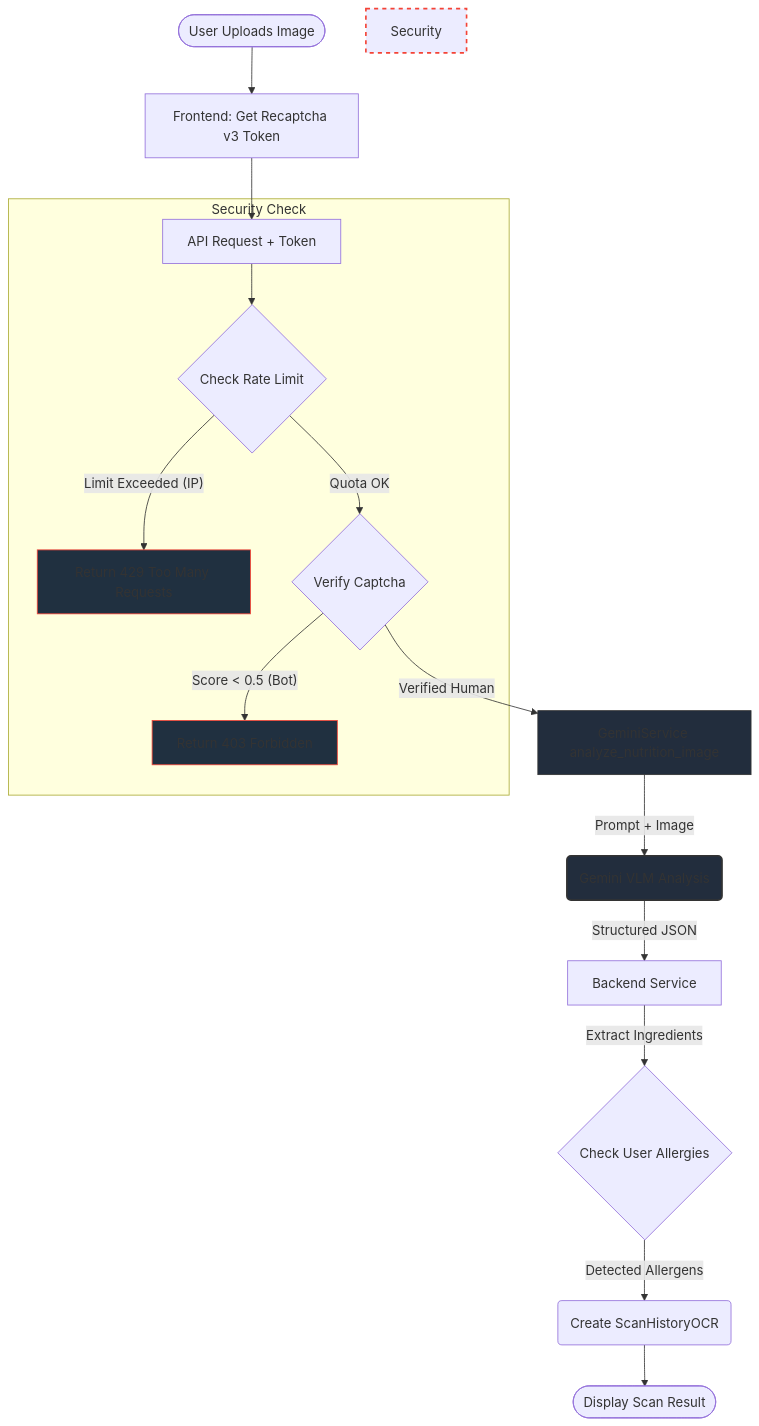
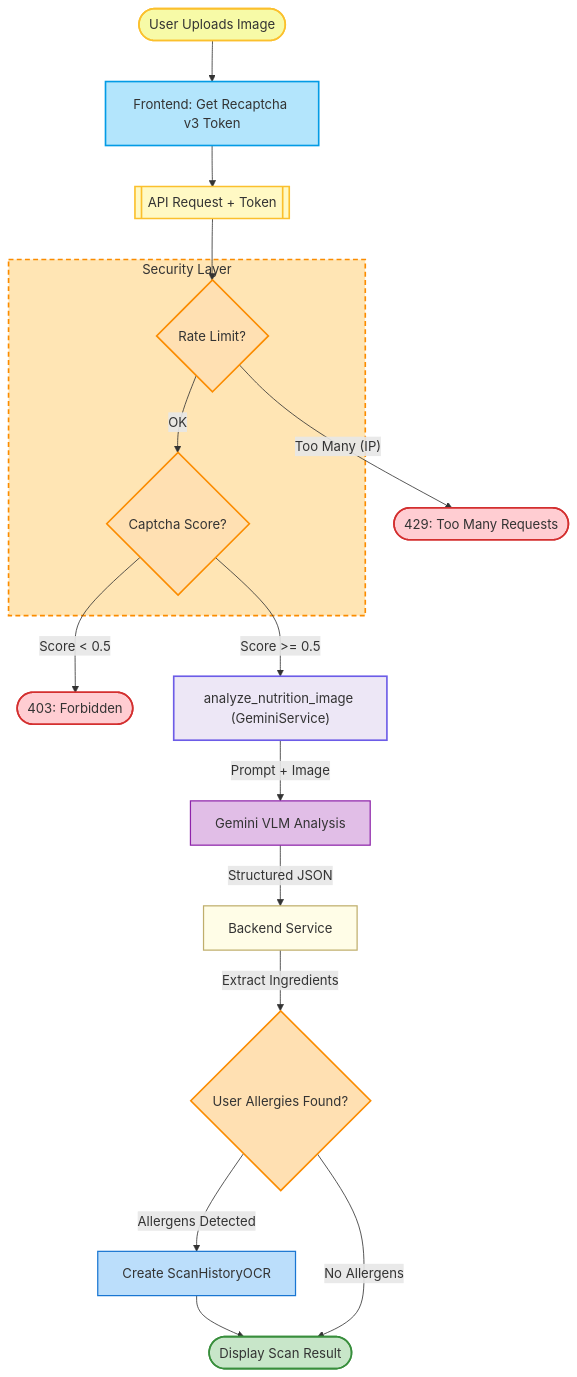
The first of 2 diagrams in README.md (rbwtech/lacak-nutri), drawn with Mermaid before and after one commit.

````diff
--- a/README.md
+++ b/README.md
@@ -105,28 +105,53 @@
 ```mermaid
-graph TD
-    User([User Uploads Image]) --> Frontend[Frontend: Get Recaptcha v3 Token]
-    Frontend --> API[API Request + Token]
+flowchart TD
+    %% Input
+    U([User Uploads Image]):::input --> FE[Frontend: Get Recaptcha v3 Token]:::frontend
+    FE --> API[[API Request + Token]]:::api
 
     %% Security Layer
-    subgraph Security Check
-        API --> RL{Check Rate Limit}
-        RL -- "Limit Exceeded (IP)" --> Error429[Return 429 Too Many Requests]
-        RL -- "Quota OK" --> CV{Verify Captcha}
-        CV -- "Score < 0.5 (Bot)" --> Error403[Return 403 Forbidden]
+    subgraph SECURITY["Security Layer"]
+      RL{Rate Limit?}:::decision
+      CV{Captcha Score?}:::decision
     end
+    API --> RL
+    RL -- "Too Many (IP)" --> ERR429([429: Too Many Requests]):::error
+    RL -- "OK" --> CV
+    CV -- "Score < 0.5" --> ERR403([403: Forbidden]):::error
+    CV -- "Score >= 0.5" --> GEM["analyze_nutrition_image (GeminiService)"]:::service
 
-    %% Main Logic
-    CV -- "Verified Human" --> B["GeminiService analyze_nutrition_image"]
-    B -- Prompt + Image --> C(Gemini VLM Analysis)
-    C -- Structured JSON --> D[Backend Service]
-    D -- Extract Ingredients --> E{Check User Allergies}
-    E -- Detected Allergens --> F(Create ScanHistoryOCR)
-    F --> G([Display Scan Result])
+    %% Main Analysis
+    GEM -- "Prompt + Image" --> GVLM["Gemini VLM Analysis"]:::ai
+    GVLM -- "Structured JSON" --> BE[Backend Service]:::backend
+    BE -- "Extract Ingredients" --> ALRGY{User Allergies Found?}:::decision
+
+    ALRGY -- "Allergens Detected" --> HIST[Create ScanHistoryOCR]:::storage
+    HIST --> SHOW([Display Scan Result]):::result
+
+    ALRGY -- "No Allergens" --> SHOW
 
     %% Styling
-    style C fill:#222d3d,stroke:#333,stroke-width:2px
-    style B fill:#222d3d,stroke:#333,stroke-width:1px
-    style Security Check fill:#ffebee,stroke:#f44336,stroke-width:2px,stroke-dasharray: 5 5
-    style Error429 fill:#203040,stroke:#f44336
-    style Error403 fill:#203040,stroke:#f44336
+    classDef input fill:#f7faa7,stroke:#fbc02d,stroke-width:2px;
+    classDef frontend fill:#b3e5fc,stroke:#039be5,stroke-width:2px;
+    classDef api fill:#fff9c4,stroke:#fbc02d,stroke-width:2px;
+    classDef backend fill:#fffde7,stroke:#bfae6c,stroke-width:1.5px;
+    classDef decision fill:#ffe0b2,stroke:#fb8c00,stroke-width:2px;
+    classDef service fill:#ede7f6,stroke:#6c5ce7,stroke-width:2px;
+    classDef ai fill:#e1bee7,stroke:#8e24aa,stroke-width:1.5px;
+    classDef result fill:#c8e6c9,stroke:#388e3c,stroke-width:2px;
+    classDef error fill:#ffcdd2,stroke:#d32f2f,stroke-width:2px;
+    classDef storage fill:#bbdefb,stroke:#1976d2,stroke-width:1.5px;
+    classDef SECURITY fill:#ffe5b4,stroke:#fb8c00,stroke-width:2px,stroke-dasharray: 6 4;
+
+    %% Assignment of classes
+    class U input;
+    class FE frontend;
+    class API api;
+    class RL,CV,ALRGY decision;
+    class GEM service;
+    class GVLM ai;
+    class BE backend;
+    class SHOW result;
+    class ERR429,ERR403 error;
+    class HIST storage;
+    class SECURITY SECURITY;
 ```
````
